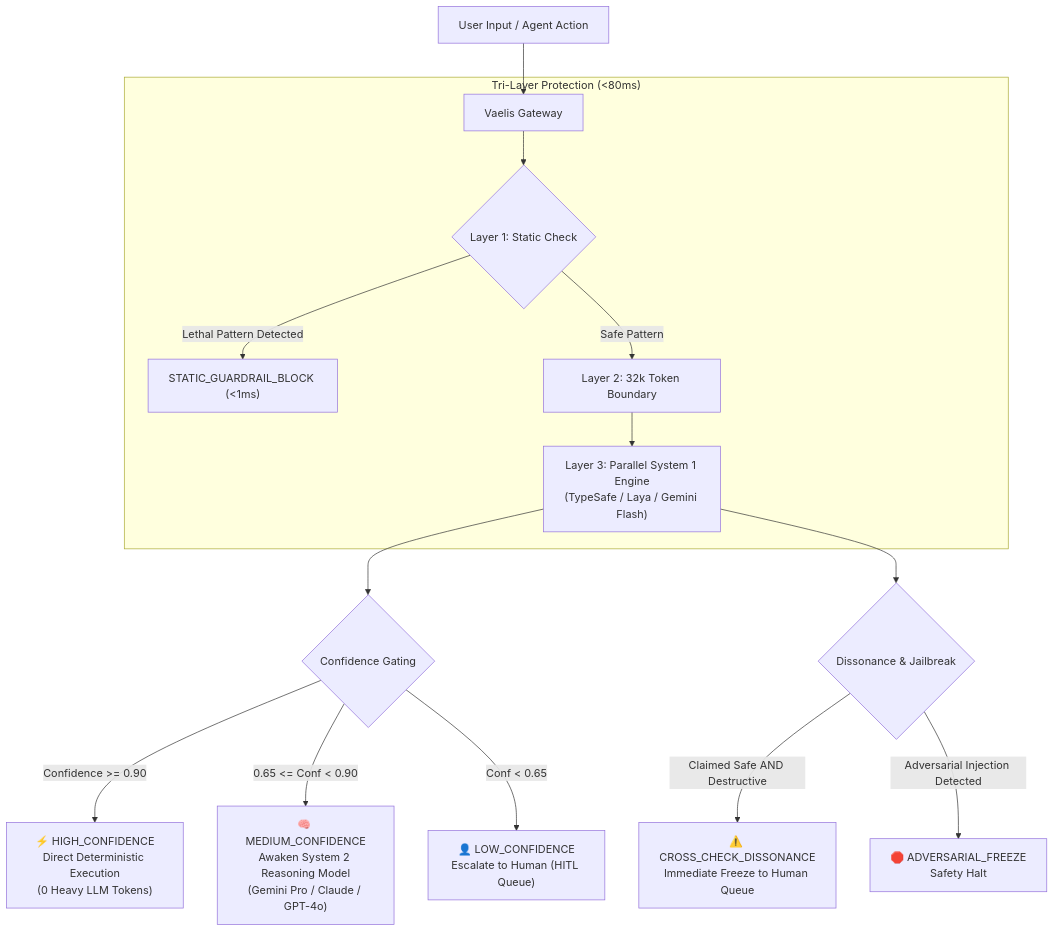
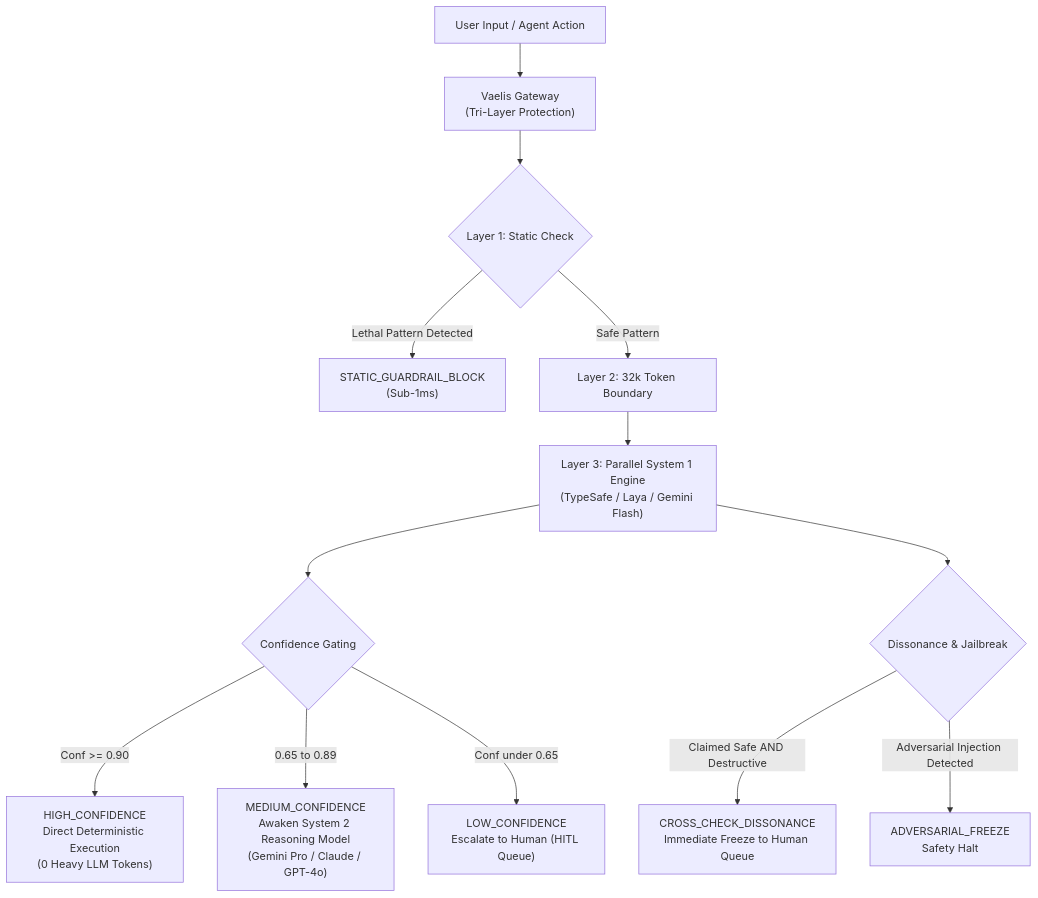
Before and after one commit to CubicMaldo/vaelis: the diagram in README.md, drawn with Mermaid. The commit also changed other lines of this file, not shown here.

````diff
--- a/README.md
+++ b/README.md
@@ -60,21 +60,19 @@
 ```mermaid
 flowchart TD
-    A["User Input / Agent Action"] --> B["Vaelis Gateway"]
+    A["User Input / Agent Action"] --> B["Vaelis Gateway\n(Tri-Layer Protection)"]
 
-    subgraph "Tri-Layer Protection (<80ms)"
-        B --> C{"Layer 1: Static Check"}
-        C -- "Lethal Pattern Detected" --> D["STATIC_GUARDRAIL_BLOCK (<1ms)"]
-        C -- "Safe Pattern" --> E["Layer 2: 32k Token Boundary"]
-        E --> F["Layer 3: Parallel System 1 Engine\n(TypeSafe / Laya / Gemini Flash)"]
-    end
+    B --> C{"Layer 1: Static Check"}
+    C -- "Lethal Pattern Detected" --> D["STATIC_GUARDRAIL_BLOCK\n(Sub-1ms)"]
+    C -- "Safe Pattern" --> E["Layer 2: 32k Token Boundary"]
+    E --> F["Layer 3: Parallel System 1 Engine\n(TypeSafe / Laya / Gemini Flash)"]
 
     F --> G{"Confidence Gating"}
 
-    G -- "Confidence >= 0.90" --> H["⚡ HIGH_CONFIDENCE\nDirect Deterministic Execution\n(0 Heavy LLM Tokens)"]
-    G -- "0.65 <= Conf < 0.90" --> I["🧠 MEDIUM_CONFIDENCE\nAwaken System 2 Reasoning Model\n(Gemini Pro / Claude / GPT-4o)"]
-    G -- "Conf < 0.65" --> J["👤 LOW_CONFIDENCE\nEscalate to Human (HITL Queue)"]
+    G -- "Conf >= 0.90" --> H["HIGH_CONFIDENCE\nDirect Deterministic Execution\n(0 Heavy LLM Tokens)"]
+    G -- "0.65 to 0.89" --> I["MEDIUM_CONFIDENCE\nAwaken System 2 Reasoning Model\n(Gemini Pro / Claude / GPT-4o)"]
+    G -- "Conf under 0.65" --> J["LOW_CONFIDENCE\nEscalate to Human (HITL Queue)"]
 
     F --> K{"Dissonance & Jailbreak"}
-    K -- "Claimed Safe AND Destructive" --> L["⚠️ CROSS_CHECK_DISSONANCE\nImmediate Freeze to Human Queue"]
-    K -- "Adversarial Injection Detected" --> M["🛑 ADVERSARIAL_FREEZE\nSafety Halt"]
+    K -- "Claimed Safe AND Destructive" --> L["CROSS_CHECK_DISSONANCE\nImmediate Freeze to Human Queue"]
+    K -- "Adversarial Injection Detected" --> M["ADVERSARIAL_FREEZE\nSafety Halt"]
 ```
````
